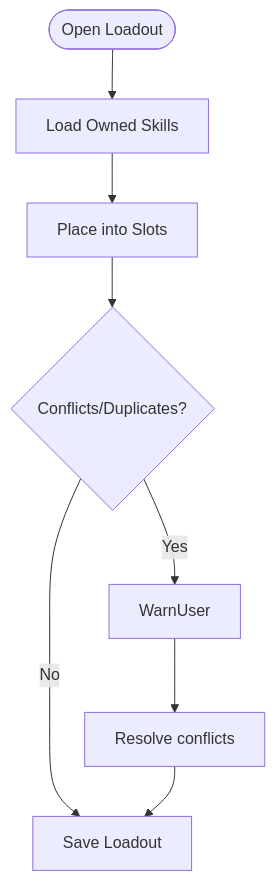
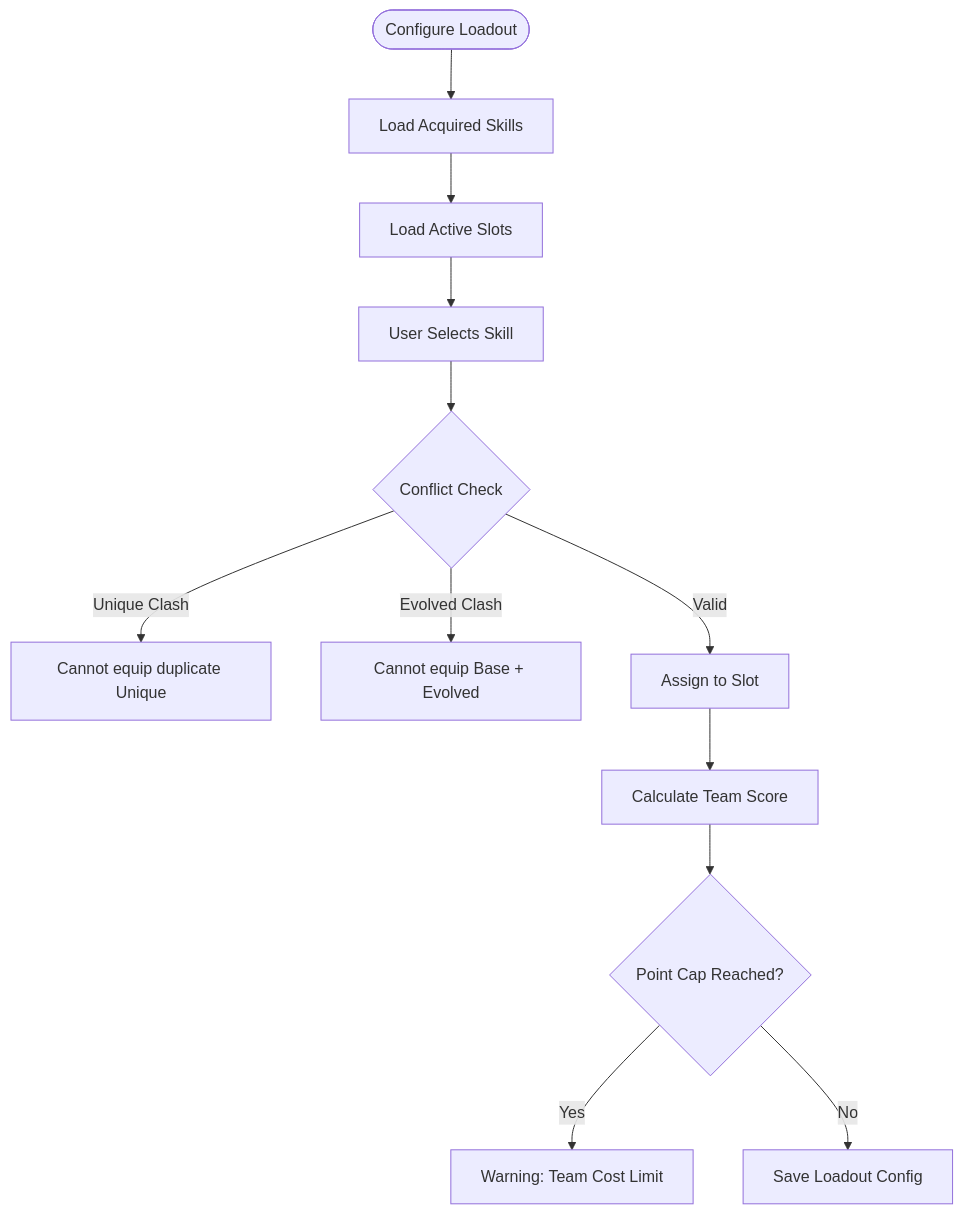
Before and after one commit to exatfrds67/umamusume-career-planner: the fourth of 7 diagrams in docs/01-flows/FLOW-004_Skill_Management_System.md, drawn with Mermaid. The commit also changed other lines of this file and 67 other files, not shown here.

````diff
--- a/docs/01-flows/FLOW-004_Skill_Management_System.md
+++ b/docs/01-flows/FLOW-004_Skill_Management_System.md
@@ -63,10 +116,19 @@
 ```mermaid
 flowchart TD
-    Start([Open Loadout]) --> LoadOwned[Load Owned Skills]
-    LoadOwned --> PlaceSlots[Place into Slots]
-    PlaceSlots --> ValidateConflicts{Conflicts/Duplicates?}
-    ValidateConflicts -->|Yes| WarnUser
-    ValidateConflicts -->|No| SaveLoadout[Save Loadout]
-    WarnUser --> Resolve[Resolve conflicts]
-    Resolve --> SaveLoadout
+    Start([Configure Loadout]) --> LoadAcquired[Load Acquired Skills]
+    LoadAcquired --> LoadSlots[Load Active Slots]
+    
+    LoadSlots --> SelectSkill[User Selects Skill]
+    SelectSkill --> ValidateConflict{Conflict Check}
+    
+    ValidateConflict -->|Unique Clash| ErrorUnique[Cannot equip duplicate Unique]
+    ValidateConflict -->|Evolved Clash| ErrorEvo[Cannot equip Base + Evolved]
+    
+    ValidateConflict -->|Valid| AssignSlot[Assign to Slot]
+    
+    AssignSlot --> CalcScore[Calculate Team Score]
+    CalcScore --> CheckCap{Point Cap Reached?}
+    
+    CheckCap -->|Yes| WarnCap[Warning: Team Cost Limit]
+    CheckCap -->|No| SaveConfig[Save Loadout Config]
 ```
````
